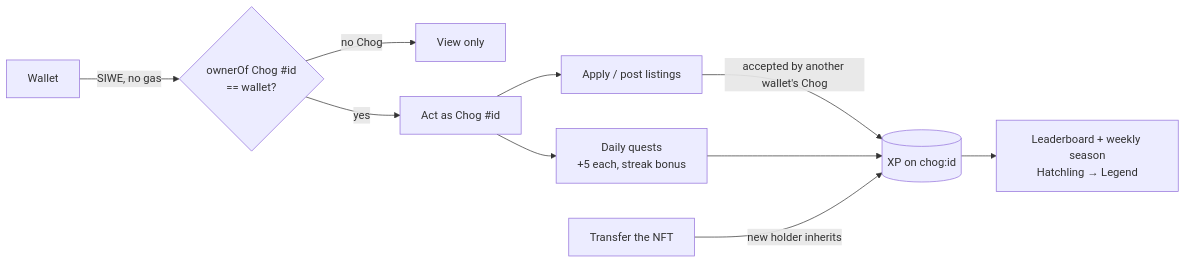
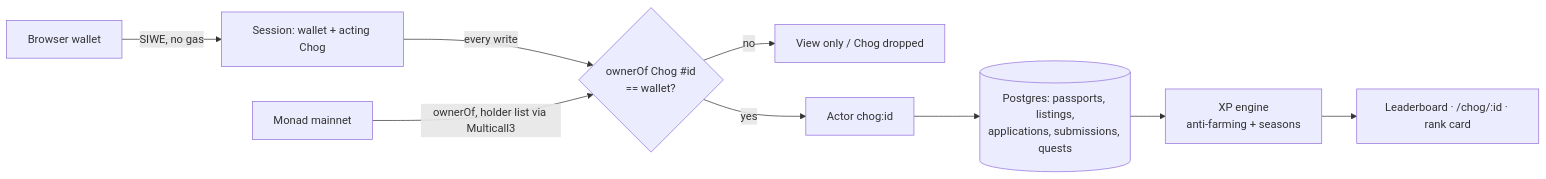
Before and after one commit to catalystberry842-alt/choguild: the diagram in README.md, drawn with Mermaid. The commit also changed other lines of this file and 8 other files, not shown here.

Commit message:
docs: rewrite README for the Chog-is-the-member model (hook, why the NFT is required, fun layer, 60s tour, live screenshots, architecture, anti-farming, setup)

````diff
--- a/README.md
+++ b/README.md
@@ -66,12 +115,11 @@
 ```mermaid
 flowchart LR
-  W[Wallet] -->|SIWE, no gas| H{ownerOf Chog #id<br/>== wallet?}
-  H -->|no Chog| V[View only]
-  H -->|yes| C[Act as Chog #id]
-  C --> Q[Daily quests<br/>+5 each, streak bonus]
-  C --> A[Apply / post listings]
-  A -->|accepted by another wallet's Chog| X[(XP on chog:id)]
-  Q --> X
-  X --> R[Leaderboard + weekly season<br/>Hatchling → Legend]
-  T[Transfer the NFT] -->|new holder inherits| X
+  W[Browser wallet] -->|SIWE, no gas| S[Session: wallet + acting Chog]
+  S -->|every write| O{ownerOf Chog #id<br/>== wallet?}
+  O -->|no| V[View only / Chog dropped]
+  O -->|yes| A[Actor chog:id]
+  A --> P[(Postgres: passports, listings,<br/>applications, submissions, quests)]
+  P --> X[XP engine<br/>anti-farming + seasons]
+  X --> L[Leaderboard · /chog/:id · rank card]
+  M[Monad mainnet] -->|ownerOf, holder list via Multicall3| O
 ```
````
